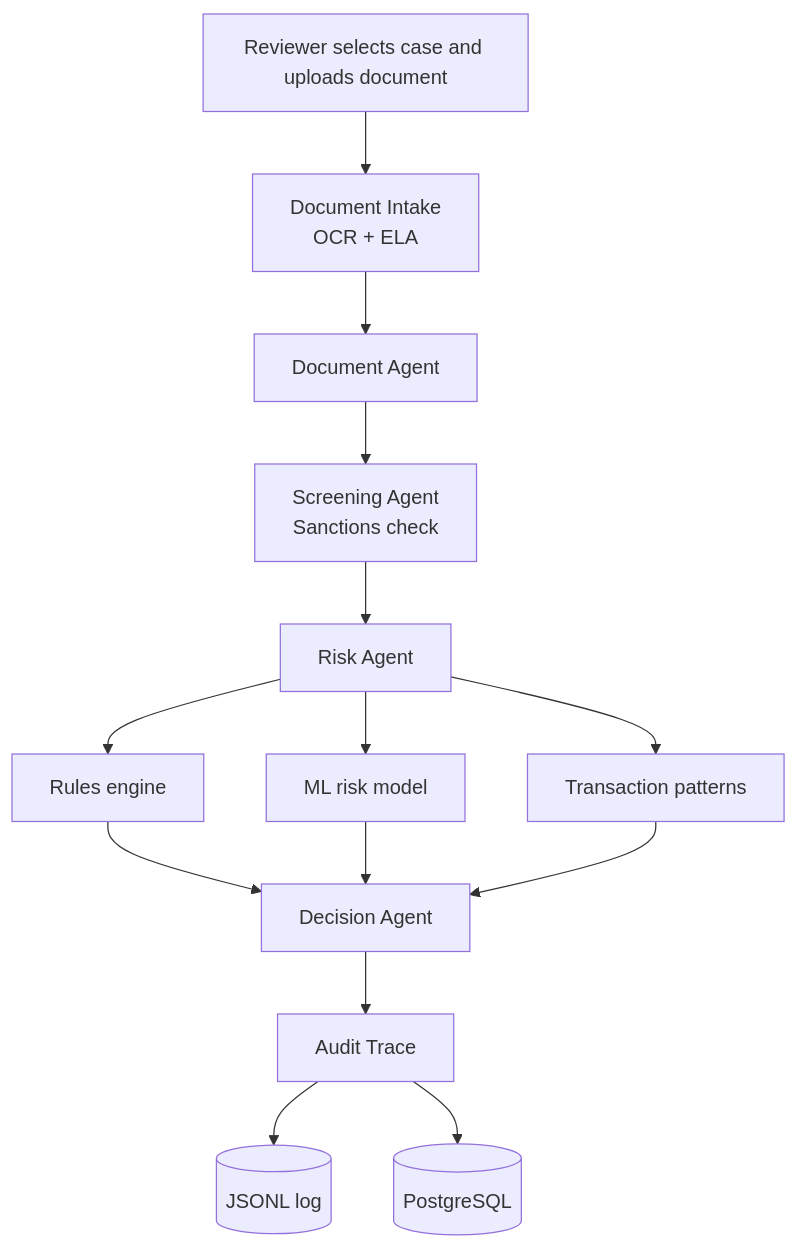
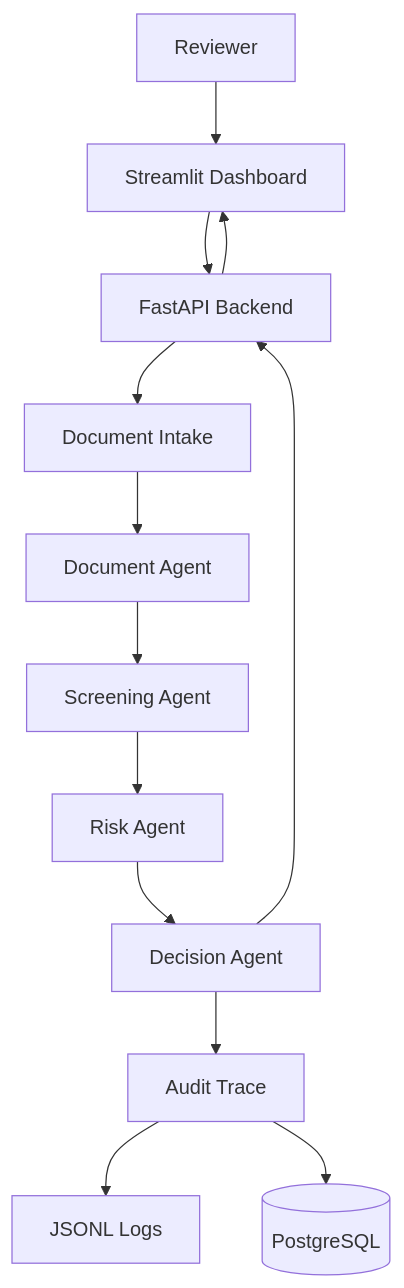
Before and after one commit to vaishnavi-c12488/ComplyAgent: the first of 2 diagrams in README.md, drawn with Mermaid. The commit also changed other lines of this file, not shown here.

````diff
--- a/README.md
+++ b/README.md
@@ -78,16 +99,15 @@
 ```mermaid
 flowchart TD
-    A[Reviewer selects case and uploads document] --> B[Document Intake<br/>OCR + ELA]
-    B --> C[Document Agent]
-    C --> D[Screening Agent<br/>Sanctions check]
-    D --> E[Risk Agent]
-    E --> E1[Rules engine]
-    E --> E2[ML risk model]
-    E --> E3[Transaction patterns]
-    E1 --> F[Decision Agent]
-    E2 --> F
-    E3 --> F
-    F --> G[Audit Trace]
-    G --> H[(JSONL log)]
-    G --> I[(PostgreSQL)]
+    A[Reviewer] --> B[Streamlit Dashboard]
+    B --> C[FastAPI Backend]
+    C --> D[Document Intake]
+    D --> E[Document Agent]
+    E --> F[Screening Agent]
+    F --> G[Risk Agent]
+    G --> H[Decision Agent]
+    H --> I[Audit Trace]
+    I --> J[JSONL Logs]
+    I --> K[(PostgreSQL)]
+    H --> C
+    C --> B
 ```
````
